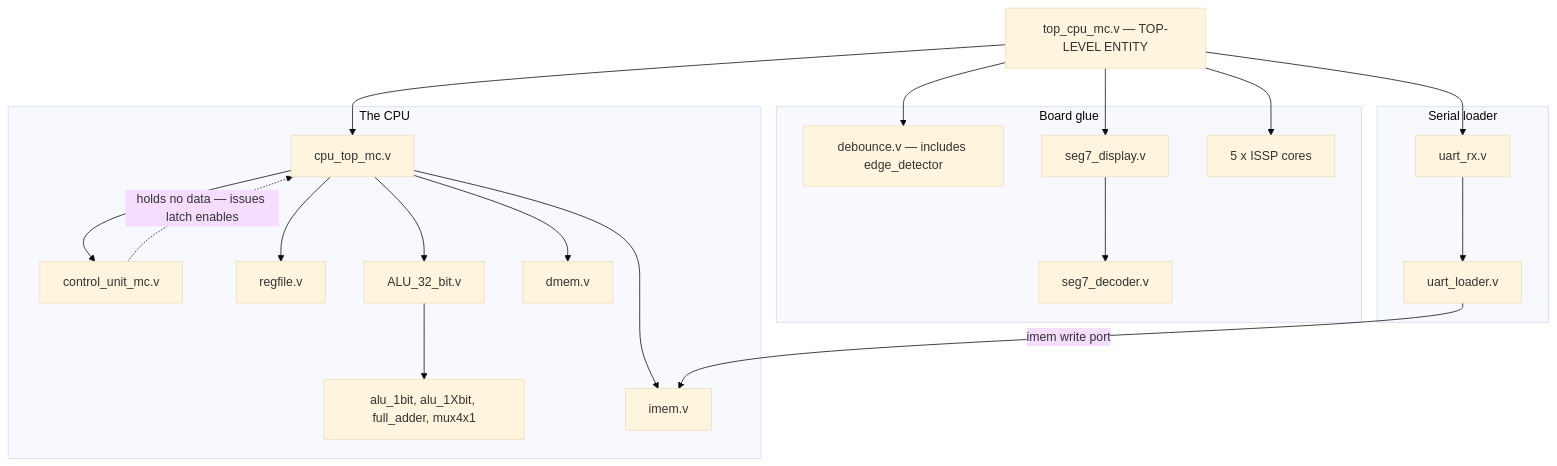
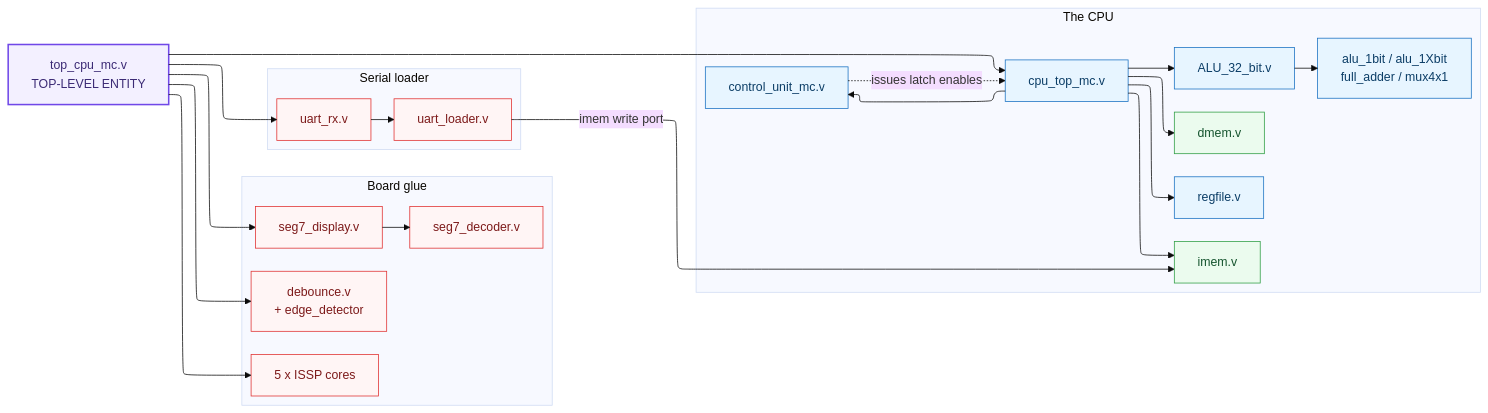
Diagram 11 of 11 in ARCHITECTURE.md (AtikRahat/mips-multi-cycle-cpu), drawn with Mermaid (base theme) before and after one commit. The commit also changed other lines of this file and 13 other files, not shown here.

First line of the commit message:
Switch architecture diagrams to the ELK layout engine

````diff
--- a/ARCHITECTURE.md
+++ b/ARCHITECTURE.md
@@ -674,46 +671,56 @@
 ```mermaid
-flowchart TD
-    TOP["top_cpu_mc.v — TOP-LEVEL ENTITY"]
+%%{init: {"flowchart": {"defaultRenderer": "elk"}} }%%
+flowchart LR
+    TOP["top_cpu_mc.v<br/>TOP-LEVEL ENTITY"]
+
+    subgraph CORECPU["The CPU"]
+        direction TB
+        CPU["cpu_top_mc.v"]
+        CTRL["control_unit_mc.v"]
+        RF["regfile.v"]
+        ALU["ALU_32_bit.v"]
+        ALUSUB["alu_1bit / alu_1Xbit<br/>full_adder / mux4x1"]
+        IMEM["imem.v"]
+        DMEM["dmem.v"]
+    end
 
     subgraph GLUE["Board glue"]
-        DEB["debounce.v — includes edge_detector"]
+        direction TB
+        DEB["debounce.v<br/>+ edge_detector"]
         SEGD["seg7_display.v"]
         SEGC["seg7_decoder.v"]
         ISSPS["5 x ISSP cores"]
     end
 
-    subgraph CORECPU["The CPU"]
-        CPU["cpu_top_mc.v"]
-        CTRL["control_unit_mc.v"]
-        RF["regfile.v"]
-        ALU["ALU_32_bit.v"]
-        ALUSUB["alu_1bit, alu_1Xbit, full_adder, mux4x1"]
-        IMEM["imem.v"]
-        DMEM["dmem.v"]
-    end
-
     subgraph LOADER["Serial loader"]
+        direction TB
         URX["uart_rx.v"]
         ULD["uart_loader.v"]
     end
 
+    TOP --> CPU
     TOP --> DEB
     TOP --> SEGD
     TOP --> ISSPS
-    TOP --> CPU
     TOP --> URX
-
-    SEGD --> SEGC
 
     CPU --> CTRL
     CPU --> RF
     CPU --> ALU
     CPU --> IMEM
     CPU --> DMEM
     ALU --> ALUSUB
-
+    SEGD --> SEGC
     URX --> ULD
     ULD -->|"imem write port"| IMEM
+    CTRL -.->|"issues latch enables"| CPU
 
-    CTRL -.->|"holds no data — issues latch enables"| CPU
+    classDef top fill:#f3f0ff,stroke:#7048e8,color:#3b2a75,stroke-width:2px
+    classDef cpu fill:#e7f5ff,stroke:#1971c2,color:#0b3d66
+    classDef mem fill:#ebfbee,stroke:#2f9e44,color:#14532d
+    classDef io fill:#fff5f5,stroke:#e03131,color:#7d1a1a
+    class TOP top
+    class CPU,CTRL,RF,ALU,ALUSUB cpu
+    class IMEM,DMEM mem
+    class DEB,SEGD,SEGC,ISSPS,URX,ULD io
 ```
````
